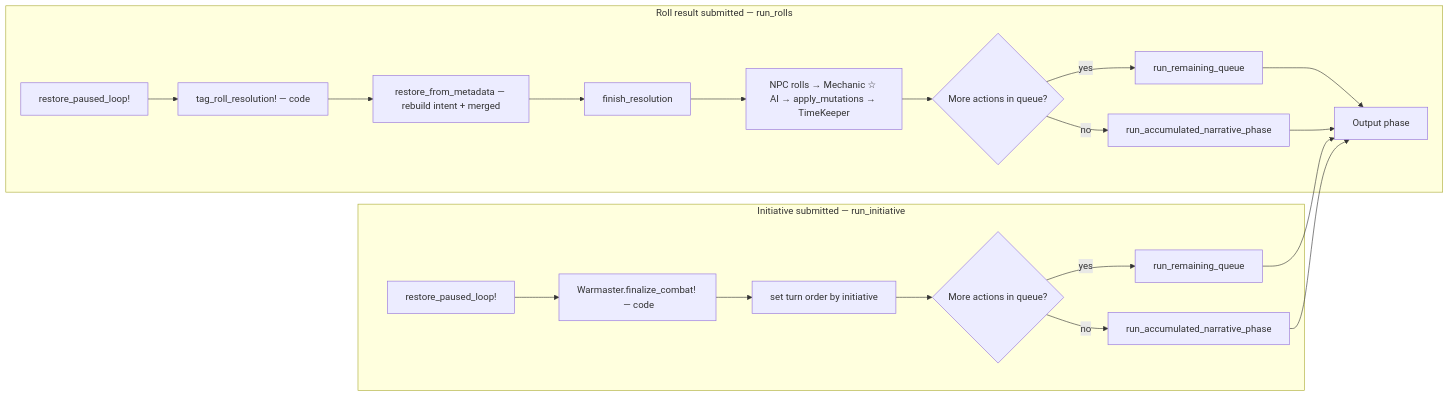
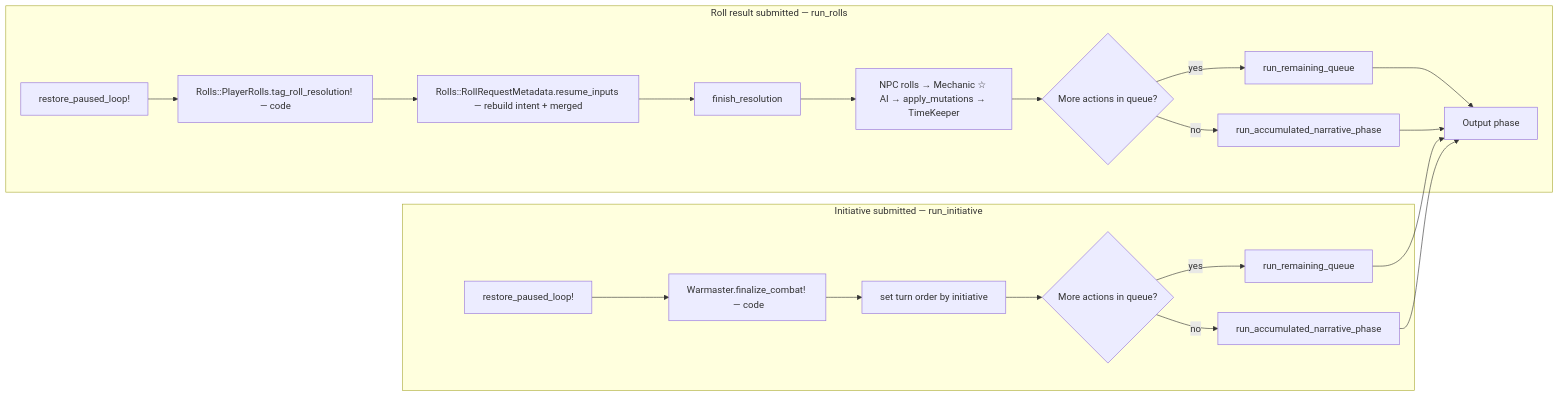
One commit to Low-Light-Games/ruby-leather-armor changed the second of 2 diagrams in docs/pipeline_diagram.md. Above: the diagram before and after it, drawn with Mermaid. The commit also changed other lines of this file and 5 other files, not shown here.

````diff
--- a/docs/pipeline_diagram.md
+++ b/docs/pipeline_diagram.md
@@ -185,24 +185,24 @@
 ```mermaid
 flowchart LR
     subgraph roll_resume["Roll result submitted — run_rolls"]
-        RR[restore_paused_loop!] --> RR1[tag_roll_resolution! — code]
-        RR1 --> RR2[restore_from_metadata — rebuild intent + merged]
+        RR[restore_paused_loop!] --> RR1[Rolls::PlayerRolls.tag_roll_resolution! — code]
+        RR1 --> RR2[Rolls::RollRequestMetadata.resume_inputs — rebuild intent + merged]
         RR2 --> RR3[finish_resolution]
         RR3 --> RR4["NPC rolls → Mechanic ☆ AI → apply_mutations → TimeKeeper"]
         RR4 --> RR5{More actions in queue?}
         RR5 -->|yes| RR6[run_remaining_queue]
         RR5 -->|no| RR7[run_accumulated_narrative_phase]
         RR6 --> PHASE[Output phase]
         RR7 --> PHASE
     end
 
     subgraph init_resume["Initiative submitted — run_initiative"]
         II[restore_paused_loop!] --> II1[Warmaster.finalize_combat!  — code]
         II1 --> II2[set turn order by initiative]
         II2 --> II3{More actions in queue?}
         II3 -->|yes| II4[run_remaining_queue]
         II3 -->|no| II5[run_accumulated_narrative_phase]
         II4 --> PHASE
         II5 --> PHASE
     end
 ```
````
